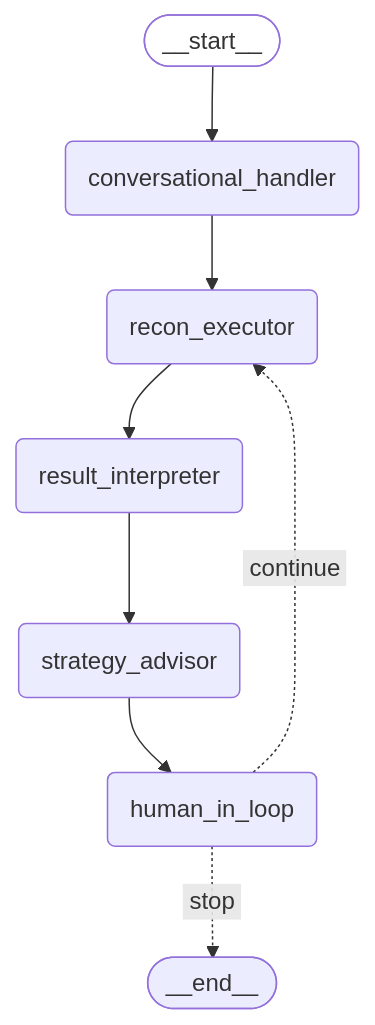
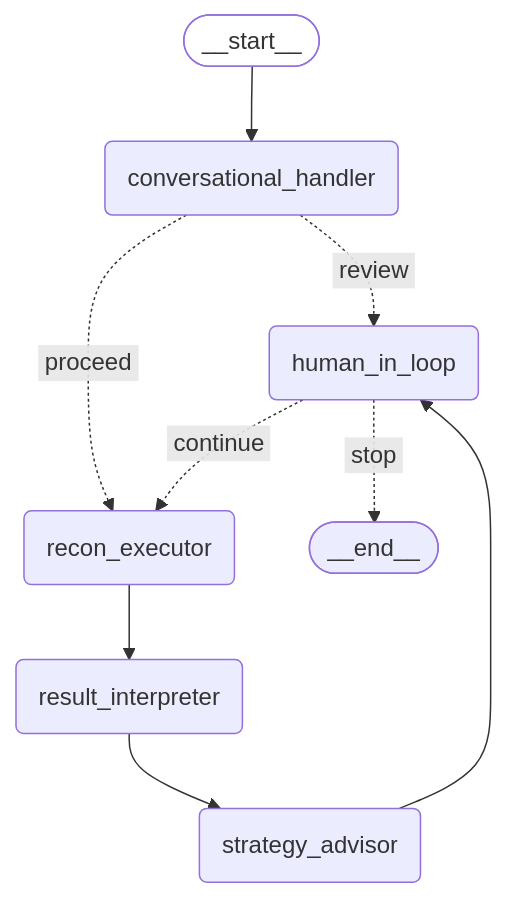
One commit to vksundararajan/AdaptiveFuzz changed the diagram in README.md. Above: the diagram before and after it, drawn with Mermaid. The commit also changed 10 other files, not shown here.

Commit message:
[FEATURE] Update prompts and schemas for enhanced task management and tool integration in reconnaissance phase

````diff
--- a/README.md
+++ b/README.md
@@ -11,25 +11,26 @@
 ```mermaid
 ---
 config:
   flowchart:
     curve: CARDINAL
 ---
 graph TD;
 	__start__([<p>__start__</p>]):::first
 	conversational_handler(conversational_handler)
 	recon_executor(recon_executor)
 	result_interpreter(result_interpreter)
 	strategy_advisor(strategy_advisor)
 	human_in_loop(human_in_loop)
 	__end__([<p>__end__</p>]):::last
 	__start__ --> conversational_handler;
-	conversational_handler --> recon_executor;
+	conversational_handler -. &nbsp;review&nbsp; .-> human_in_loop;
+	conversational_handler -. &nbsp;proceed&nbsp; .-> recon_executor;
 	human_in_loop -. &nbsp;stop&nbsp; .-> __end__;
 	human_in_loop -. &nbsp;continue&nbsp; .-> recon_executor;
 	recon_executor --> result_interpreter;
 	result_interpreter --> strategy_advisor;
 	strategy_advisor --> human_in_loop;
 	classDef default fill:,line-height:1.2
 	classDef first fill-opacity:0
 	classDef last fill:
 ```
````
